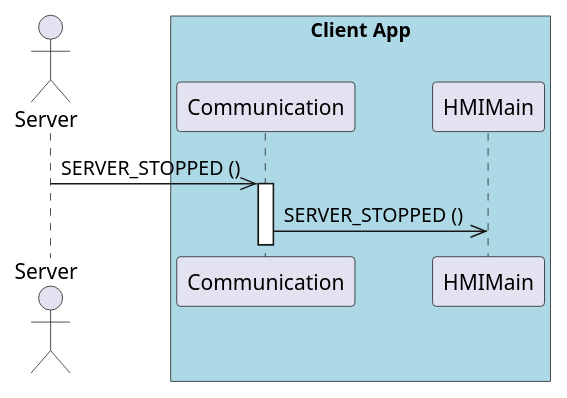
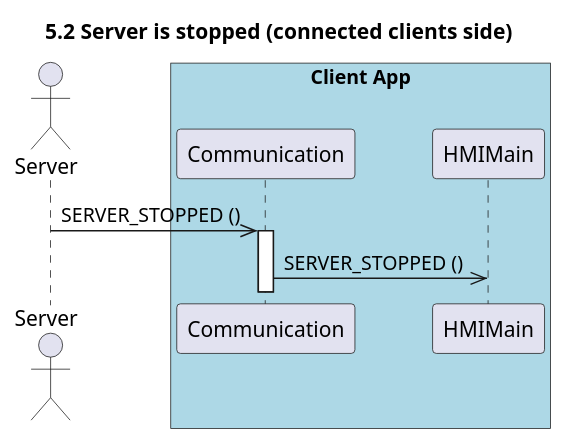
One commit to UTCAI12/Diagrams changed the diagram in sequence/5.2.stop_server_others.puml. Above: the diagram before and after it, drawn with PlantUML. The commit also changed 30 other files, not shown here.

Commit message:
adding titles on all diagrams

```diff
--- a/sequence/5.2.stop_server_others.puml
+++ b/sequence/5.2.stop_server_others.puml
@@ -1,15 +1,16 @@
-@startuml Server is stopped (connected clients side)
+@startuml 5.2 Server is stopped (connected clients side)
+title 5.2 Server is stopped (connected clients side)
 
 actor Server as server
 
 box "Client App" #LightBlue
     participant Communication as com
     participant HMIMain as hmi
 end box
 
 server ->> com : SERVER_STOPPED ()
 
 activate com
 com ->> hmi : SERVER_STOPPED ()
 
 @enduml
```
